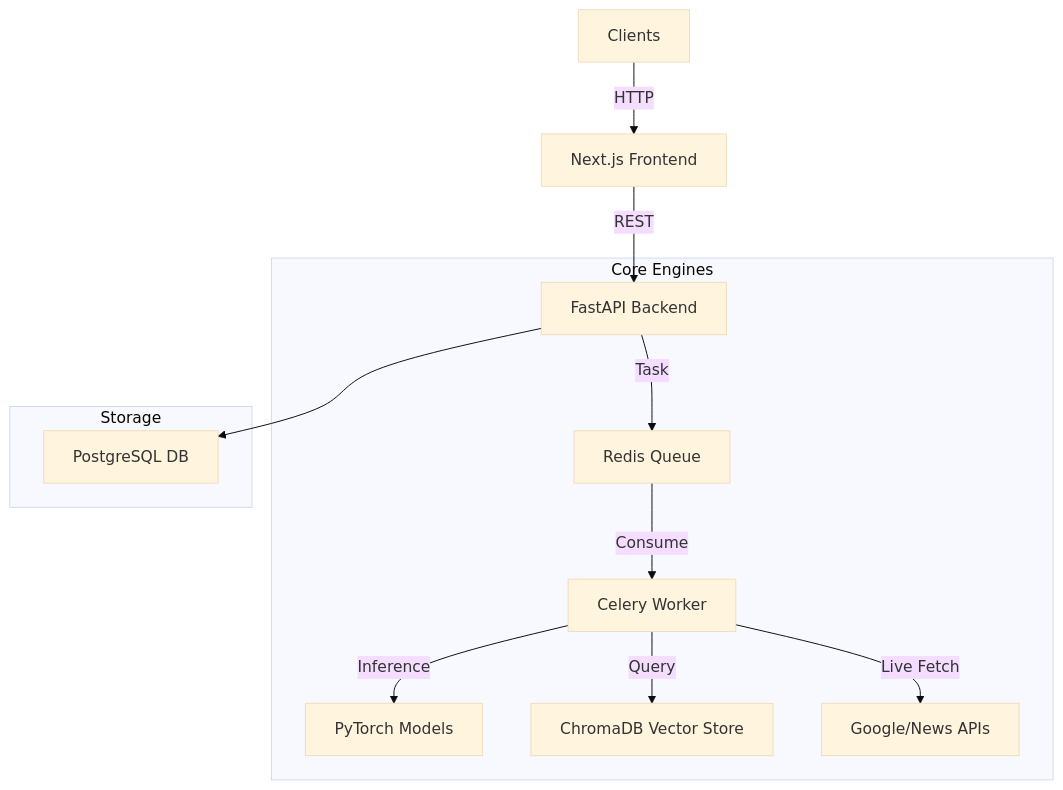
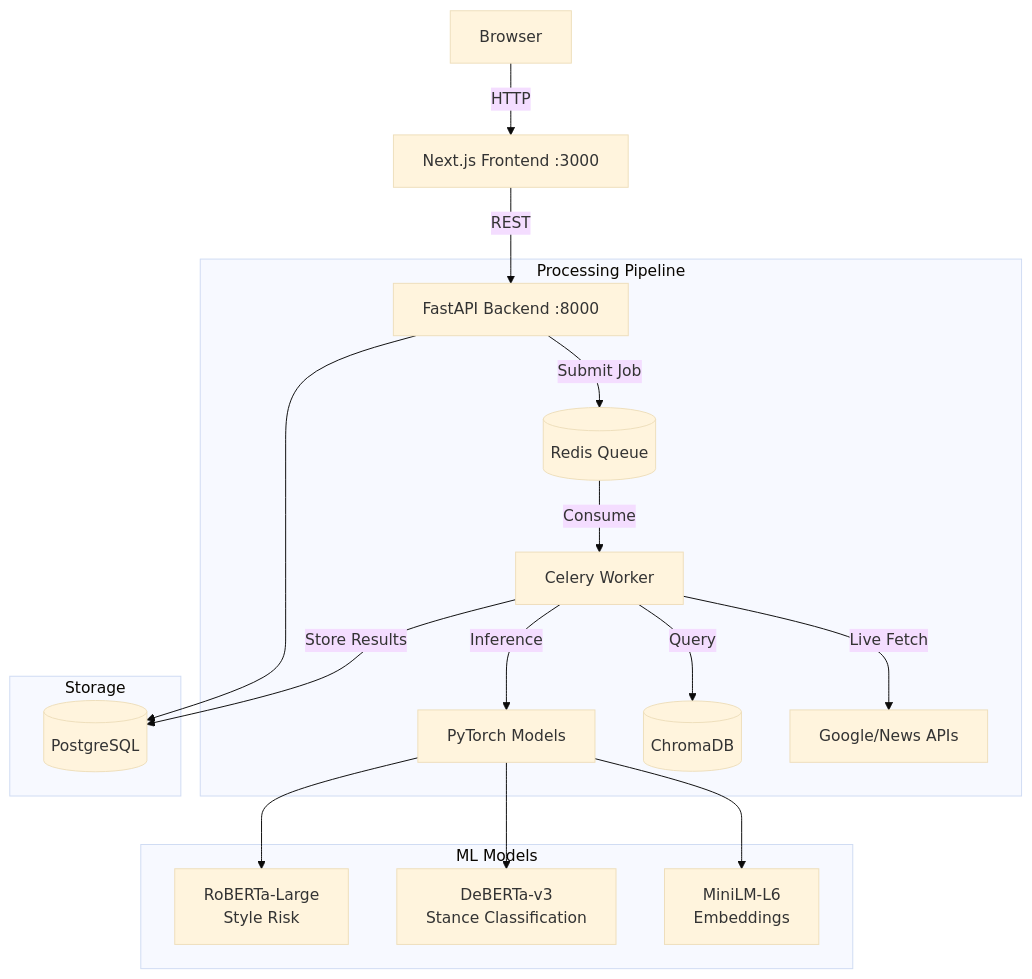
One commit to bipul276/prism changed the diagram in README.md. Above: the diagram before and after it, drawn with Mermaid (base theme). The commit also changed other lines of this file and 5 other files, not shown here.

````diff
--- a/README.md
+++ b/README.md
@@ -35,17 +78,24 @@
 ```mermaid
 graph TD
-    User[Clients] -->|HTTP| NextJS[Next.js Frontend]
-    NextJS -->|REST| API[FastAPI Backend]
+    User[Browser] -->|HTTP| NextJS[Next.js Frontend :3000]
+    NextJS -->|REST| API[FastAPI Backend :8000]
     
-    subgraph "Core Engines"
-        API -->|Task| Redis[Redis Queue]
+    subgraph "Processing Pipeline"
+        API -->|Submit Job| Redis[(Redis Queue)]
         Redis -->|Consume| Worker[Celery Worker]
         Worker -->|Inference| ML[PyTorch Models]
-        Worker -->|Query| Chroma[ChromaDB Vector Store]
+        Worker -->|Query| Chroma[(ChromaDB)]
         Worker -->|Live Fetch| Ext[Google/News APIs]
     end
     
     subgraph "Storage"
-        API --> Postgres[PostgreSQL DB]
+        API --> Postgres[(PostgreSQL)]
+        Worker -->|Store Results| Postgres
+    end
+    
+    subgraph "ML Models"
+        ML --> Stylometry[RoBERTa-Large<br/>Style Risk]
+        ML --> NLI[DeBERTa-v3<br/>Stance Classification]
+        ML --> Embed[MiniLM-L6<br/>Embeddings]
     end
 ```
````
